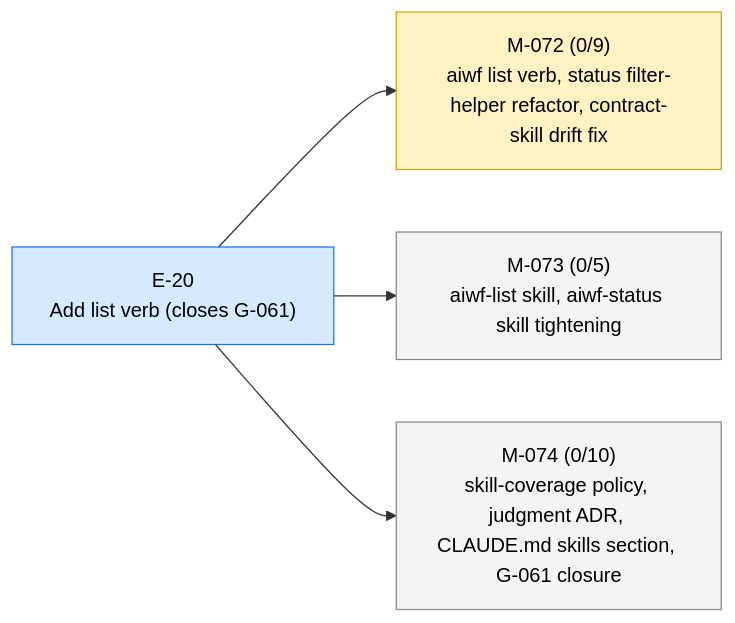
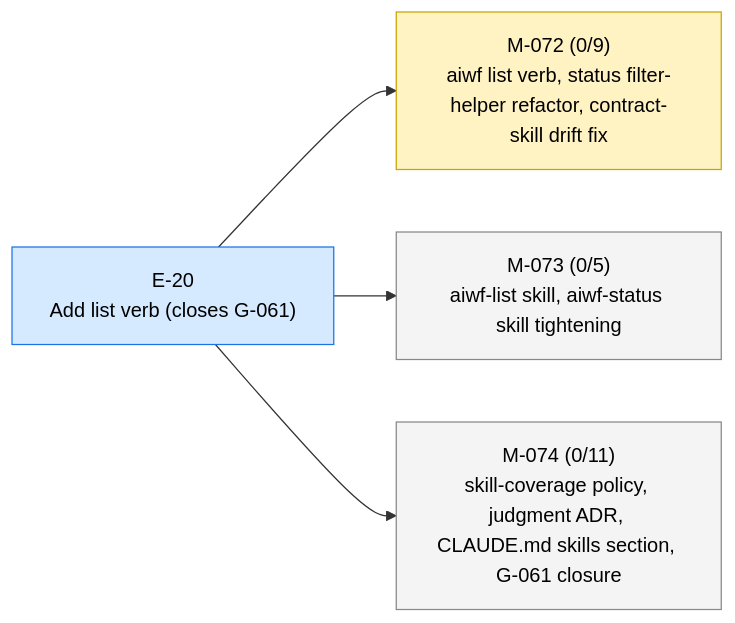
Before and after one commit to 23min/aiwf: the first of 2 diagrams in STATUS.md, drawn with Mermaid. The commit also changed other lines of this file and 1 other file, not shown here.

Commit message:
aiwf add ac M-074/AC-11 "G-085 doc-sweep and gap closure"
aiwf-verb: add
aiwf-entity: M-074/AC-11
aiwf-actor: human/peter

````diff
--- a/STATUS.md
+++ b/STATUS.md
@@ -13,16 +13,16 @@
 ```mermaid
 flowchart LR
   E_20["E-20<br/>Add list verb (closes G-061)"]:::epic_active
   M_072["M-072 (0/9)<br/>aiwf list verb, status filter-helper refactor, contract-skill drift fix"]:::ms_in_progress
   E_20 --> M_072
   M_073["M-073 (0/5)<br/>aiwf-list skill, aiwf-status skill tightening"]:::ms_draft
   E_20 --> M_073
-  M_074["M-074 (0/10)<br/>skill-coverage policy, judgment ADR, CLAUDE.md skills section, G-061 closure"]:::ms_draft
+  M_074["M-074 (0/11)<br/>skill-coverage policy, judgment ADR, CLAUDE.md skills section, G-061 closure"]:::ms_draft
   E_20 --> M_074
   classDef epic_active fill:#d6eaff,stroke:#1a73e8,color:#000
   classDef epic_proposed fill:#f4f4f4,stroke:#888,color:#000
   classDef ms_done fill:#d8f5d8,stroke:#2a8a2a,color:#000
   classDef ms_in_progress fill:#fff3c4,stroke:#caa400,color:#000
   classDef ms_draft fill:#f4f4f4,stroke:#888,color:#000
   classDef ms_cancelled fill:#fbeaea,stroke:#c33,color:#000
 ```
````
